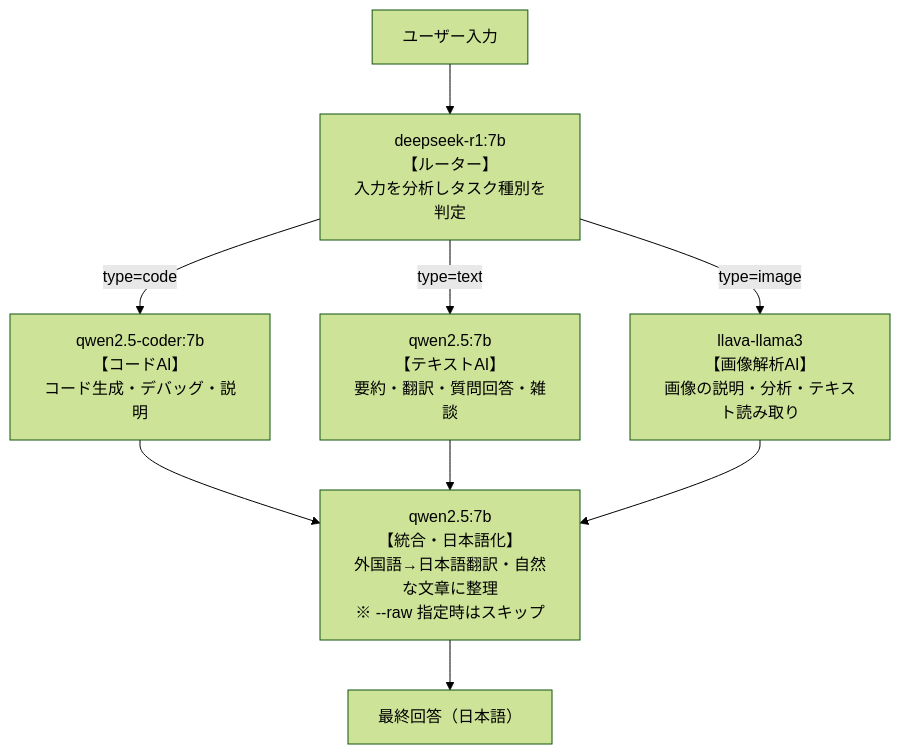
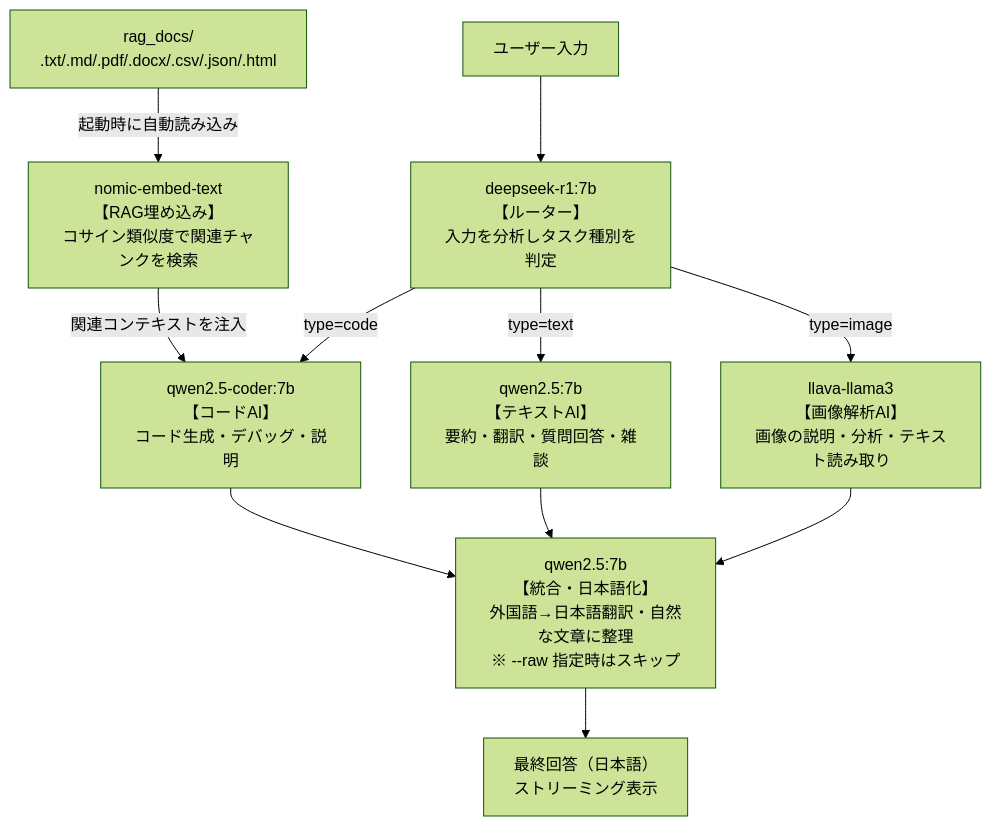
One commit to fukui-yuto/ollama changed the diagram in README.md. Above: the diagram before and after it, drawn with Mermaid (forest theme). The commit also changed other lines of this file and 2 other files, not shown here.

First line of the commit message:
feat: ストリーミング出力・会話履歴・RAG・応答時間表示・セッション保存を追加

````diff
--- a/README.md
+++ b/README.md
@@ -10,15 +10,19 @@
 ```mermaid
 flowchart TD
+    DOCS["rag_docs/\n.txt/.md/.pdf/.docx/.csv/.json/.html"]
+    DOCS -->|起動時に自動読み込み| RAG["nomic-embed-text\n【RAG埋め込み】\nコサイン類似度で関連チャンクを検索"]
+
     IN[ユーザー入力]
     IN --> ROUTER["deepseek-r1:7b\n【ルーター】\n入力を分析しタスク種別を判定"]
+    RAG -->|関連コンテキストを注入| WORKER
 
-    ROUTER -->|type=code| CODE["qwen2.5-coder:7b\n【コードAI】\nコード生成・デバッグ・説明"]
-    ROUTER -->|type=text| TEXT["qwen2.5:7b\n【テキストAI】\n要約・翻訳・質問回答・雑談"]
-    ROUTER -->|type=image| IMAGE["llava-llama3\n【画像解析AI】\n画像の説明・分析・テキスト読み取り"]
+    ROUTER -->|type=code| WORKER["qwen2.5-coder:7b\n【コードAI】\nコード生成・デバッグ・説明"]
+    ROUTER -->|type=text| WORKER2["qwen2.5:7b\n【テキストAI】\n要約・翻訳・質問回答・雑談"]
+    ROUTER -->|type=image| WORKER3["llava-llama3\n【画像解析AI】\n画像の説明・分析・テキスト読み取り"]
 
-    CODE --> MERGE["qwen2.5:7b\n【統合・日本語化】\n外国語→日本語翻訳・自然な文章に整理\n※ --raw 指定時はスキップ"]
-    TEXT --> MERGE
-    IMAGE --> MERGE
+    WORKER --> MERGE["qwen2.5:7b\n【統合・日本語化】\n外国語→日本語翻訳・自然な文章に整理\n※ --raw 指定時はスキップ"]
+    WORKER2 --> MERGE
+    WORKER3 --> MERGE
 
-    MERGE --> OUT[最終回答（日本語）]
+    MERGE --> OUT[最終回答（日本語）\nストリーミング表示]
 ```
````
